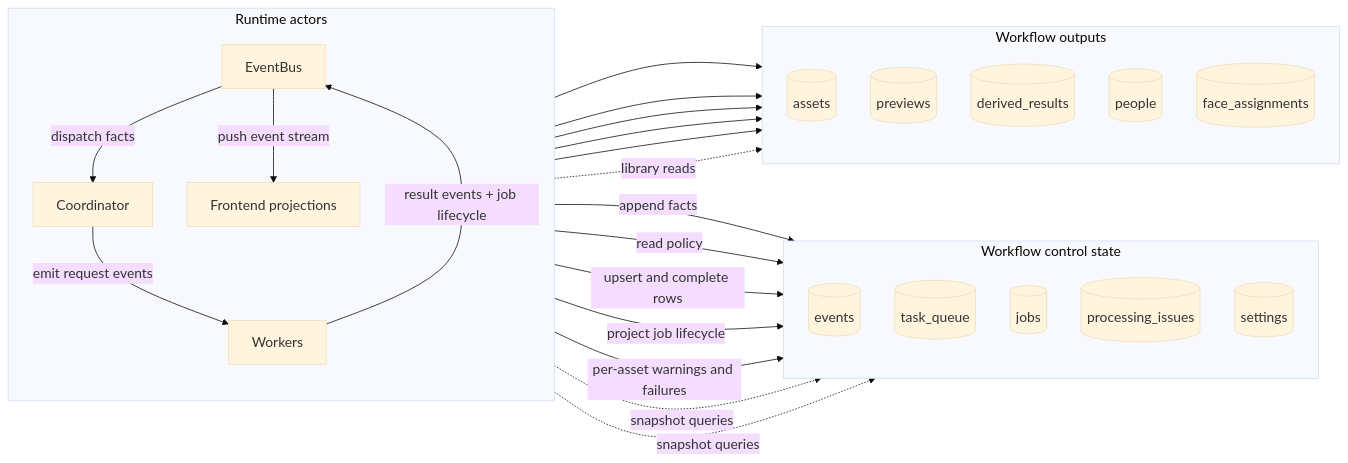
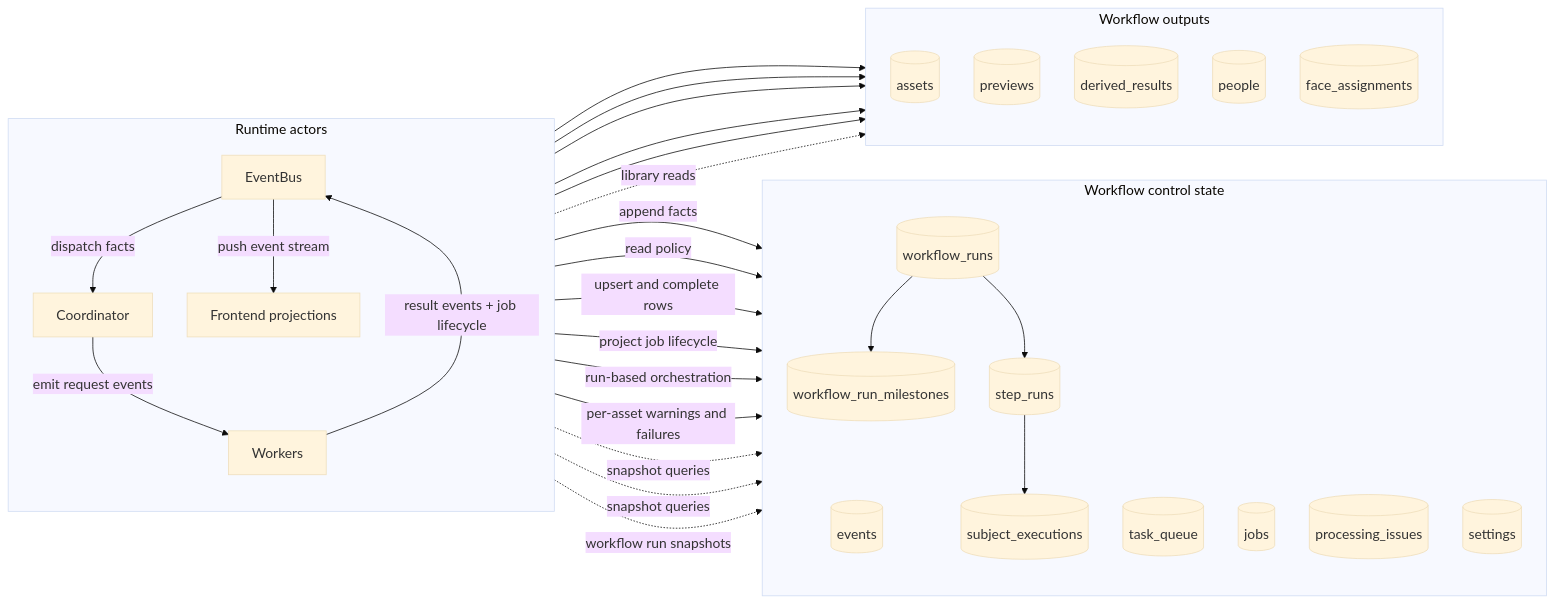
The third of 6 diagrams in docs/architecture.md (rk29403010/photoStar2), drawn with Mermaid before and after one commit. The commit also changed other lines of this file and 50 other files, not shown here.

````diff
--- a/docs/architecture.md
+++ b/docs/architecture.md
@@ -368,59 +383,68 @@
 ```mermaid
 %%{init: {
   "theme": "base",
   "themeVariables": {
     "fontSize": "18px",
     "fontFamily": "Trebuchet MS, Verdana, sans-serif"
   },
   "flowchart": {
     "htmlLabels": true,
     "curve": "basis",
     "nodeSpacing": 45,
     "rankSpacing": 70
   }
 }}%%
 flowchart LR
     subgraph Runtime["Runtime actors"]
         direction TB
         bus["EventBus"]
         coord["Coordinator"]
         workers["Workers"]
         frontend["Frontend projections"]
     end
 
     subgraph Control["Workflow control state"]
         direction TB
         eventsTbl[("events")]
         queueTbl[("task_queue")]
         jobsTbl[("jobs")]
+        workflowRunsTbl[("workflow_runs")]
+        milestonesTbl[("workflow_run_milestones")]
+        stepRunsTbl[("step_runs")]
+        subjectExecTbl[("subject_executions")]
         issuesTbl[("processing_issues")]
         settingsTbl[("settings")]
     end
 
     subgraph Outputs["Workflow outputs"]
         direction TB
         assetsTbl[("assets")]
         previewsTbl[("previews")]
         derivedTbl[("derived_results")]
         peopleTbl[("people")]
         facesTbl[("face_assignments")]
     end
 
     workers -->|result events + job lifecycle| bus
     bus -->|append facts| eventsTbl
     bus -->|dispatch facts| coord
     coord -->|read policy| settingsTbl
     coord -->|upsert and complete rows| queueTbl
     coord -->|emit request events| workers
     bus -->|project job lifecycle| jobsTbl
+    workers -->|run-based orchestration| workflowRunsTbl
+    workflowRunsTbl --> milestonesTbl
+    workflowRunsTbl --> stepRunsTbl
+    stepRunsTbl --> subjectExecTbl
     workers -->|per-asset warnings and failures| issuesTbl
     workers --> assetsTbl
     workers --> previewsTbl
     workers --> derivedTbl
     workers --> peopleTbl
     workers --> facesTbl
     bus -->|push event stream| frontend
     frontend -. snapshot queries .-> jobsTbl
     frontend -. snapshot queries .-> queueTbl
+    frontend -. workflow run snapshots .-> workflowRunsTbl
     frontend -. library reads .-> assetsTbl
 ```
````
